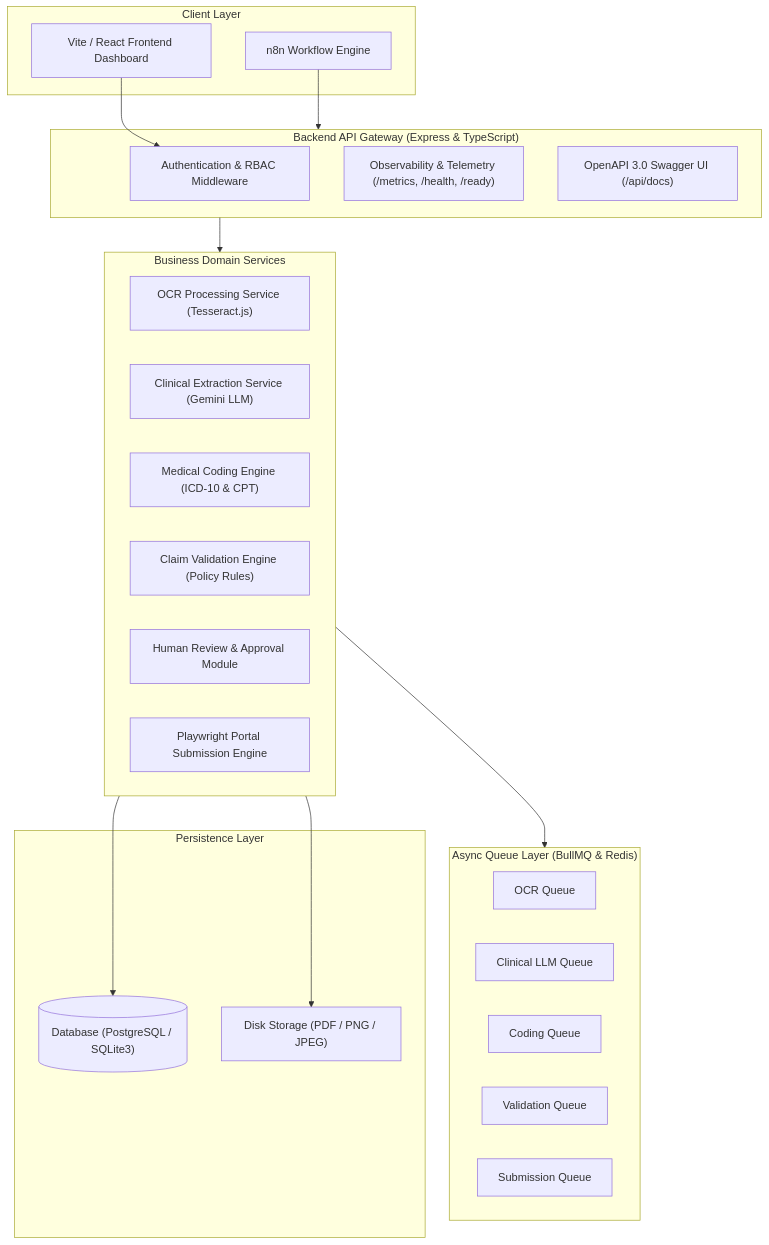
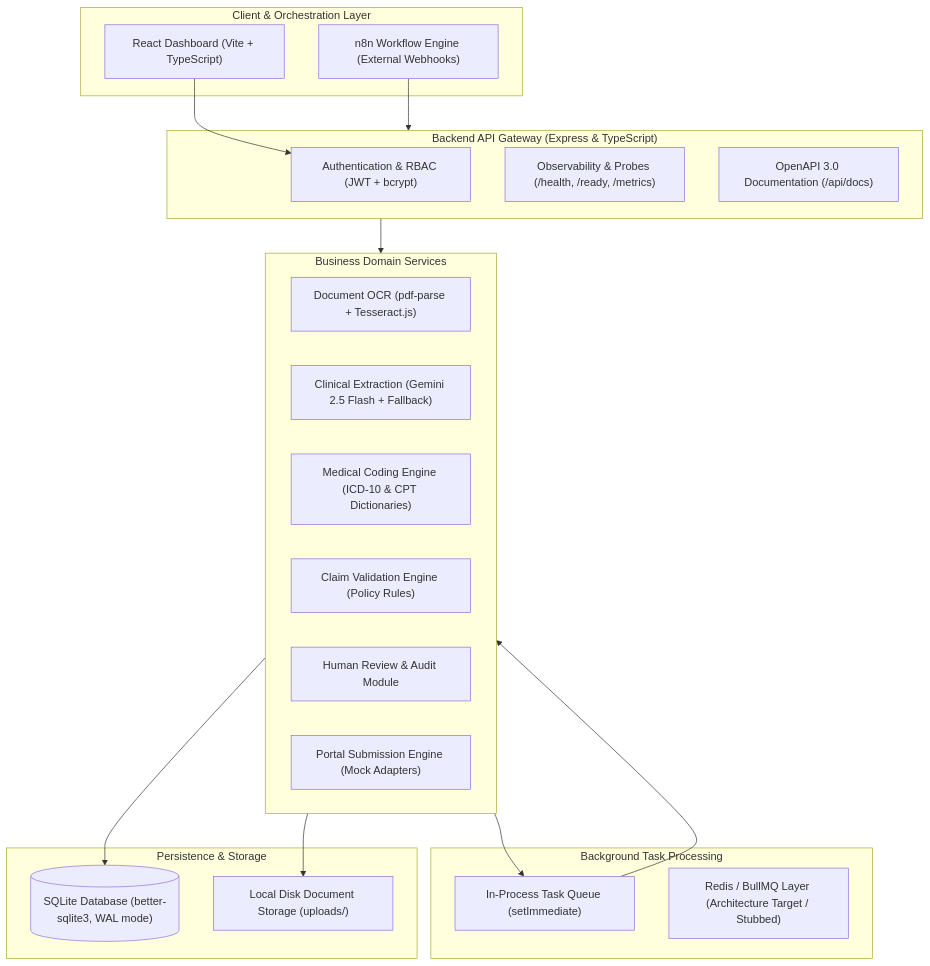
One commit to kik1211/agentic-medclaims-automation changed the first of 5 diagrams in docs/ARCHITECTURE.md. Above: the diagram before and after it, drawn with Mermaid. The commit also changed other lines of this file and 30 other files, not shown here.

````diff
--- a/docs/ARCHITECTURE.md
+++ b/docs/ARCHITECTURE.md
@@ -5,42 +7,40 @@
 ```mermaid
 flowchart TB
-    subgraph ClientLayer ["Client Layer"]
-        UI["Vite / React Frontend Dashboard"]
-        n8n["n8n Workflow Engine"]
+    subgraph ClientLayer ["Client & Orchestration Layer"]
+        UI["React Dashboard (Vite + TypeScript)"]
+        N8N["n8n Workflow Engine (External Webhooks)"]
     end
 
     subgraph APILayer ["Backend API Gateway (Express & TypeScript)"]
-        AUTH["Authentication & RBAC Middleware"]
-        METRICS["Observability & Telemetry (/metrics, /health, /ready)"]
-        SWAGGER["OpenAPI 3.0 Swagger UI (/api/docs)"]
+        AUTH["Authentication & RBAC (JWT + bcrypt)"]
+        OBS["Observability & Probes (/health, /ready, /metrics)"]
+        SWAGGER["OpenAPI 3.0 Documentation (/api/docs)"]
     end
 
     subgraph ServiceLayer ["Business Domain Services"]
-        OCR["OCR Processing Service (Tesseract.js)"]
-        LLM["Clinical Extraction Service (Gemini LLM)"]
-        CODING["Medical Coding Engine (ICD-10 & CPT)"]
+        OCR["Document OCR (pdf-parse + Tesseract.js)"]
+        LLM["Clinical Extraction (Gemini 2.5 Flash + Fallback)"]
+        CODING["Medical Coding Engine (ICD-10 & CPT Dictionaries)"]
         VAL["Claim Validation Engine (Policy Rules)"]
-        REV["Human Review & Approval Module"]
-        SUB["Playwright Portal Submission Engine"]
+        REV["Human Review & Audit Module"]
+        SUB["Portal Submission Engine (Mock Adapters)"]
     end
 
-    subgraph AsyncQueue ["Async Queue Layer (BullMQ & Redis)"]
-        Q_OCR["OCR Queue"]
-        Q_LLM["Clinical LLM Queue"]
-        Q_CODE["Coding Queue"]
-        Q_VAL["Validation Queue"]
-        Q_SUB["Submission Queue"]
+    subgraph TaskLayer ["Background Task Processing"]
+        WORKER["In-Process Task Queue (setImmediate)"]
+        REDIS_STUB["Redis / BullMQ Layer (Architecture Target / Stubbed)"]
     end
 
-    subgraph PersistenceLayer ["Persistence Layer"]
-        DB[("Database (PostgreSQL / SQLite3)")]
-        STORAGE["Disk Storage (PDF / PNG / JPEG)"]
+    subgraph PersistenceLayer ["Persistence & Storage"]
+        DB[("SQLite Database (better-sqlite3, WAL mode)")]
+        STORAGE["Local Disk Document Storage (uploads/)"]
     end
 
     UI --> AUTH
-    n8n --> APILayer
+    N8N --> APILayer
     APILayer --> ServiceLayer
-    ServiceLayer --> AsyncQueue
+    ServiceLayer --> WORKER
     ServiceLayer --> DB
     ServiceLayer --> STORAGE
+    WORKER --> ServiceLayer
 ```
````
